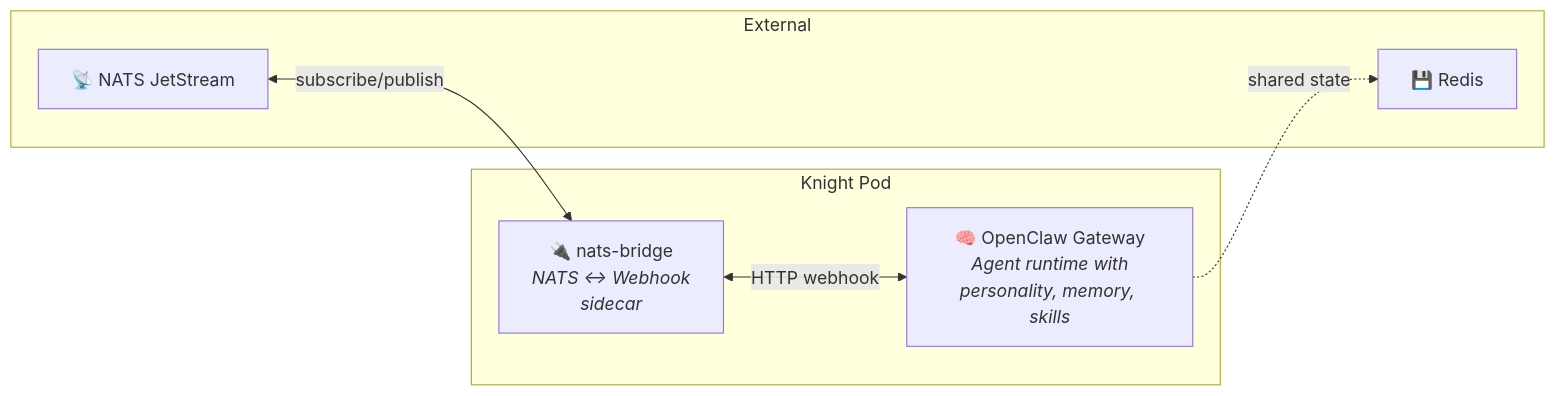
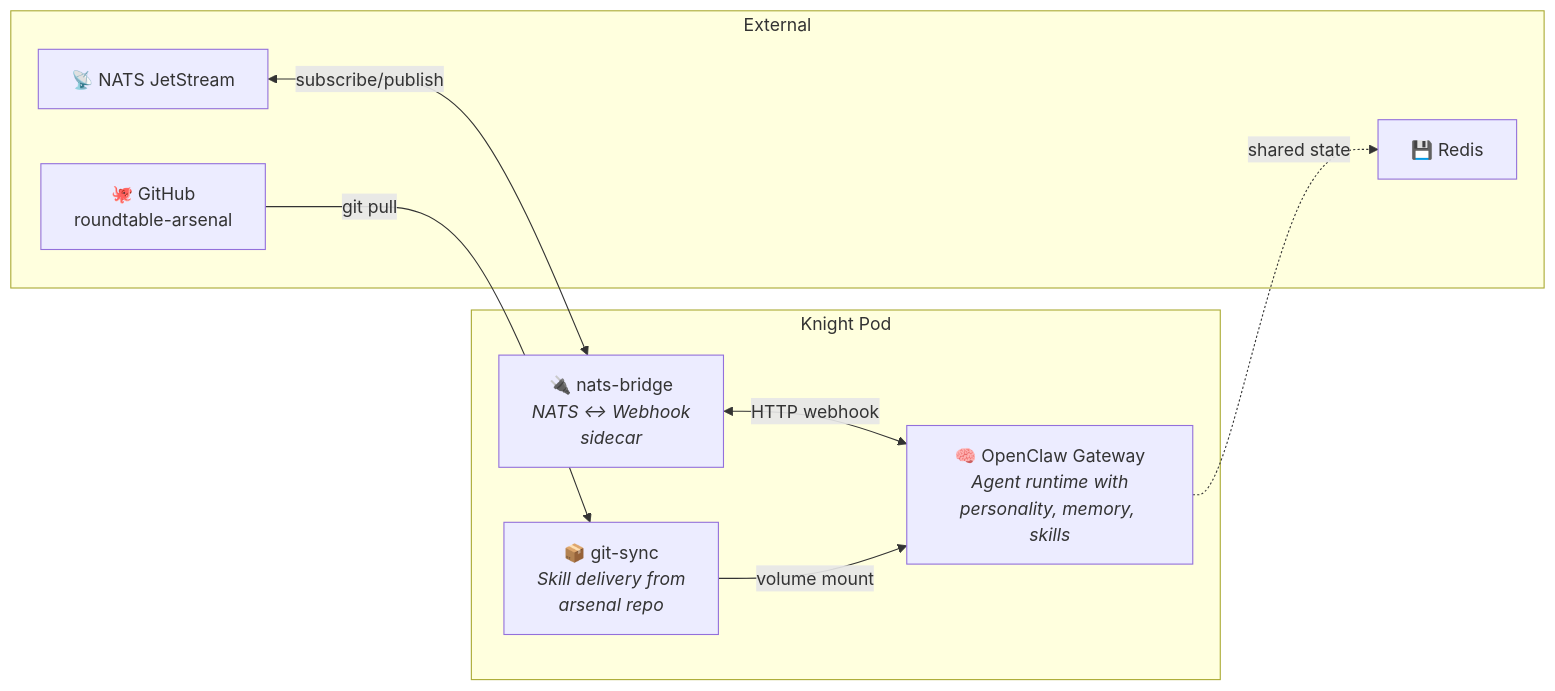
The fourth of 4 diagrams in README.md (dapperdivers/roundtable), drawn with Mermaid before and after one commit. The commit also changed other lines of this file and 2 other files, not shown here.

First line of the commit message:
feat: three-container pod design with git-sync skill delivery

````diff
--- a/README.md
+++ b/README.md
@@ -118,16 +118,20 @@
 ```mermaid
 graph LR
     subgraph Pod["Knight Pod"]
         OC["🧠 OpenClaw Gateway<br/><i>Agent runtime with<br/>personality, memory, skills</i>"]
         NB["🔌 nats-bridge<br/><i>NATS ↔ Webhook<br/>sidecar</i>"]
+        GS["📦 git-sync<br/><i>Skill delivery from<br/>arsenal repo</i>"]
     end
 
     subgraph External
         NATS["📡 NATS JetStream"]
         Redis["💾 Redis"]
+        GH["🐙 GitHub<br/>roundtable-arsenal"]
     end
 
     NATS <-->|"subscribe/publish"| NB
     NB <-->|"HTTP webhook"| OC
     OC -.->|"shared state"| Redis
+    GH -->|"git pull"| GS
+    GS -->|"volume mount"| OC
 ```
````
